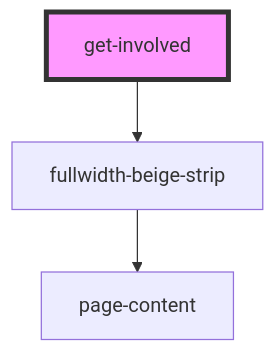
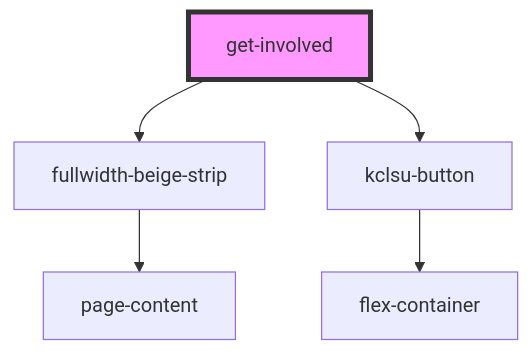
One commit to dev-kylo/component_library changed the diagram in src/components/projects/campaigns/get-involved/readme.md. Above: the diagram before and after it, drawn with Mermaid. The commit also changed other lines of this file and 16 other files, not shown here.

````diff
--- a/src/components/projects/campaigns/get-involved/readme.md
+++ b/src/components/projects/campaigns/get-involved/readme.md
@@ -22,6 +23,8 @@
 ```mermaid
 graph TD;
   get-involved --> fullwidth-beige-strip
+  get-involved --> kclsu-button
   fullwidth-beige-strip --> page-content
+  kclsu-button --> flex-container
   style get-involved fill:#f9f,stroke:#333,stroke-width:4px
 ```
````
